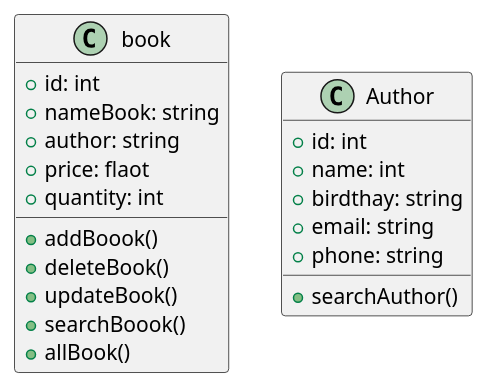
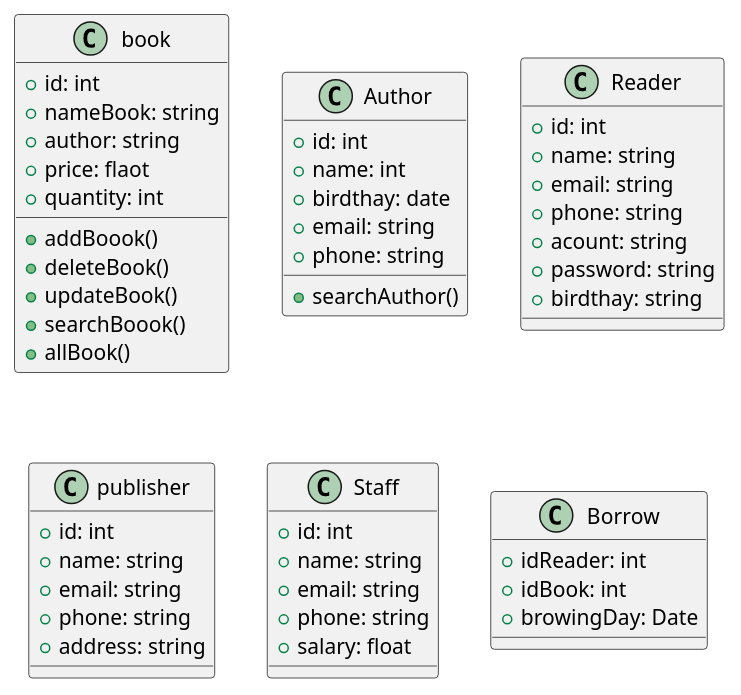
Before and after one commit to Tkanh12-10-2024/LibaryManger: the diagram in src/com/khanh/libarymanager/LibaryClass.puml, drawn with PlantUML.

Commit message:
First class update

```diff
--- a/src/com/khanh/libarymanager/LibaryClass.puml
+++ b/src/com/khanh/libarymanager/LibaryClass.puml
@@ -1,22 +1,50 @@
 @startuml
 class book {
     +id: int
     +nameBook: string
     +author: string
     +price: flaot
     +quantity: int
     +addBoook()
     +deleteBook()
     +updateBook()
     +searchBoook()
     +allBook()
 }
 class Author {
     +id: int
     +name: int
-    +birdthay: string
+    +birdthay: date
     +email: string
     + phone: string
     +searchAuthor()
 }
+class Reader {
+    +id: int
+    +name: string
+    +email: string
+    +phone: string
+    +acount: string
+    +password: string
+    +birdthay: string
+}
+class publisher {
+    +id: int
+    +name: string
+    +email: string
+    +phone: string
+    +address: string
+}
+class Staff {
+    +id: int
+    +name: string
+    +email: string
+    +phone: string
+    +salary: float
+}
+class Borrow {
+ +idReader: int
+ +idBook: int
+ +browingDay: Date
+}
 @enduml
```
